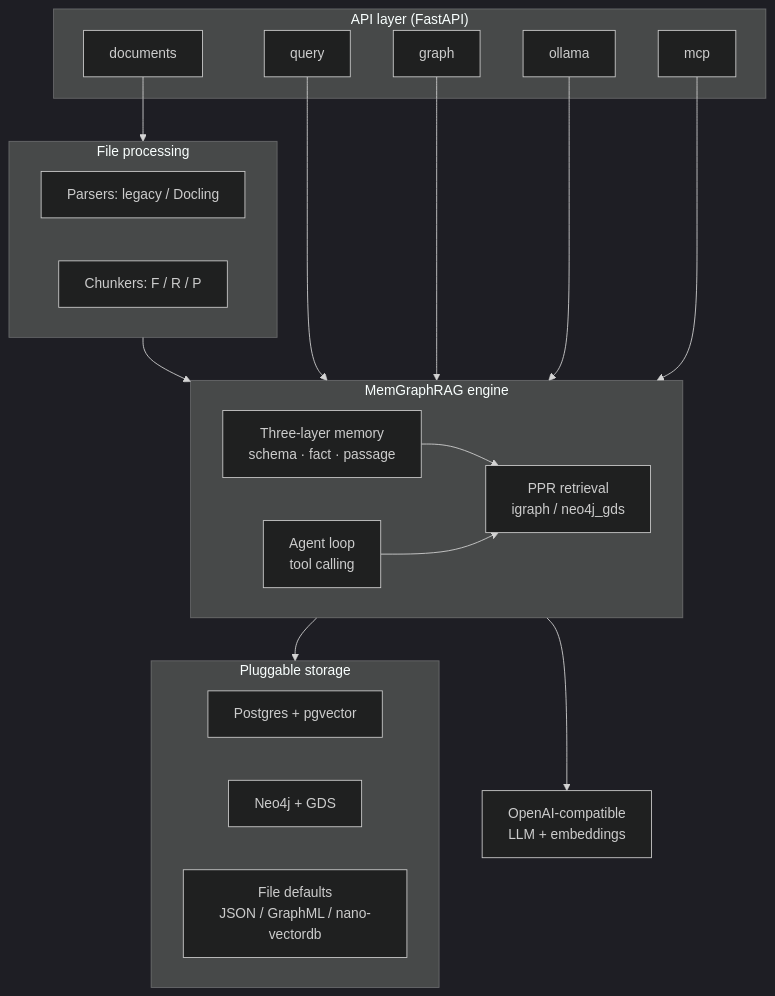
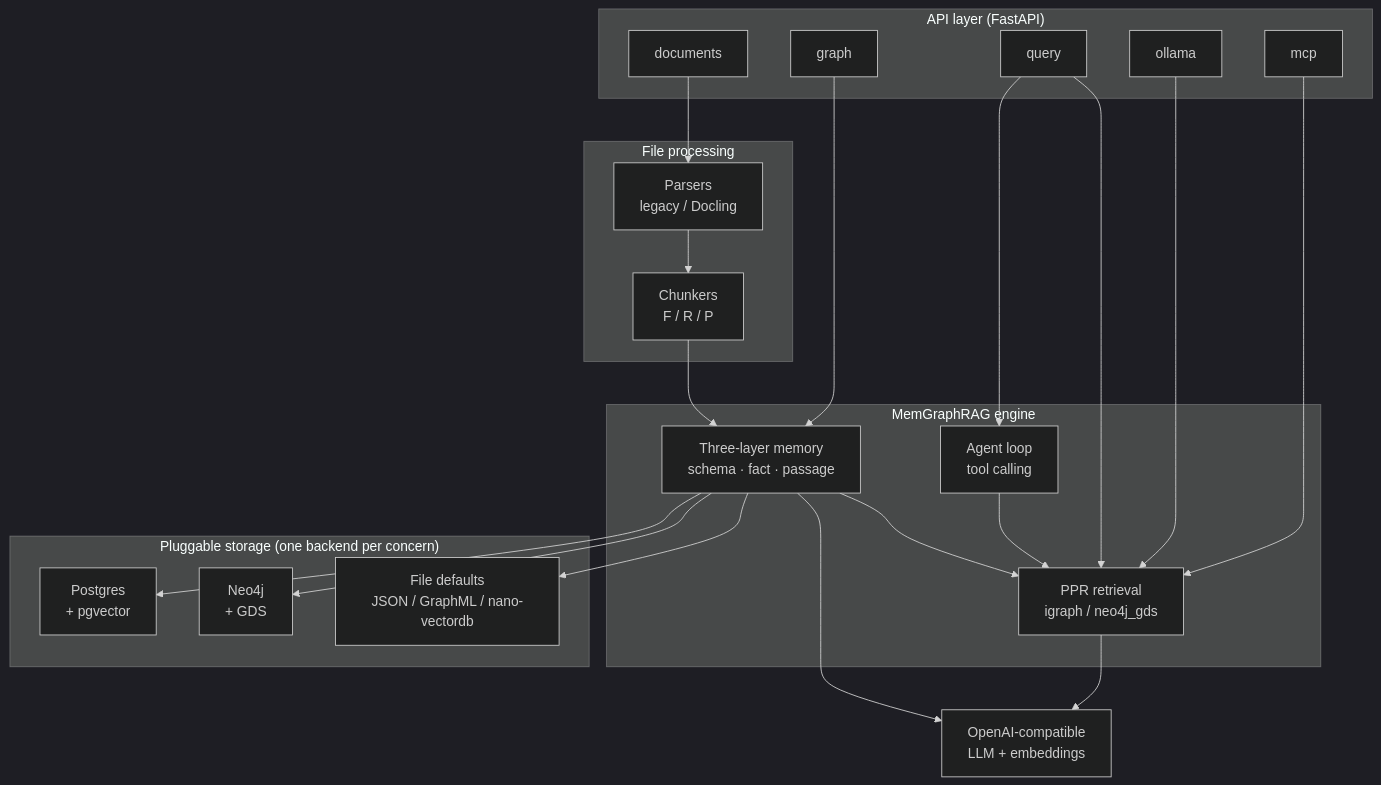
Before and after one commit to ExeioS33/exeio-memgraphrag: the diagram in README.md, drawn with Mermaid (dark theme).

Commit message:
Fix the architecture diagram: GitHub cannot lay out edges into subgraphs
Claude-Session: https://claude.ai/code/session_01FAfyWZn1eCUCJu8dN7i8Y4

````diff
--- a/README.md
+++ b/README.md
@@ -187,40 +187,45 @@
 ```mermaid
 flowchart TB
   subgraph API["API layer (FastAPI)"]
     DOC[documents]
     QRY[query]
     GRPH[graph]
     OLL[ollama]
     MCP[mcp]
   end
 
   subgraph FP["File processing"]
-    PAR["Parsers: legacy / Docling"]
-    CHK["Chunkers: F / R / P"]
+    PAR["Parsers<br/>legacy / Docling"]
+    CHK["Chunkers<br/>F / R / P"]
+    PAR --> CHK
   end
 
   subgraph ENG["MemGraphRAG engine"]
     MEM["Three-layer memory<br/>schema · fact · passage"]
+    AGT["Agent loop<br/>tool calling"]
     PPR["PPR retrieval<br/>igraph / neo4j_gds"]
-    AGT["Agent loop<br/>tool calling"]
+    MEM --> PPR
+    AGT --> PPR
   end
 
-  subgraph STOR["Pluggable storage"]
-    PG["Postgres + pgvector"]
-    NEO["Neo4j + GDS"]
+  subgraph STOR["Pluggable storage (one backend per concern)"]
+    PG["Postgres<br/>+ pgvector"]
+    NEO["Neo4j<br/>+ GDS"]
     FILE["File defaults<br/>JSON / GraphML / nano-vectordb"]
   end
 
   LLM["OpenAI-compatible<br/>LLM + embeddings"]
 
-  DOC --> FP
-  FP --> ENG
-  QRY --> ENG
-  GRPH --> ENG
-  OLL --> ENG
-  MCP --> ENG
-  ENG --> STOR
-  ENG --> LLM
-  MEM --> PPR
-  AGT --> PPR
+  DOC --> PAR
+  CHK --> MEM
+  QRY --> PPR
+  QRY --> AGT
+  GRPH --> MEM
+  OLL --> PPR
+  MCP --> PPR
+  MEM --> PG
+  MEM --> NEO
+  MEM --> FILE
+  MEM --> LLM
+  PPR --> LLM
 ```
````
